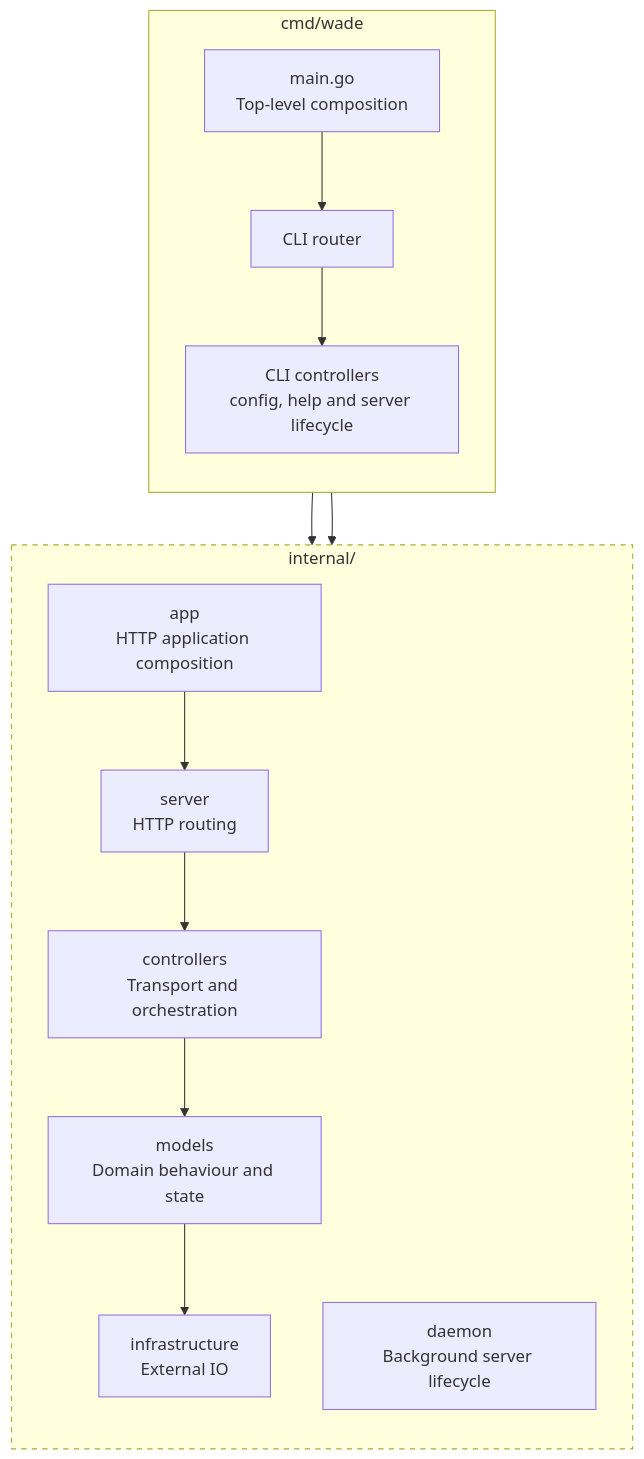
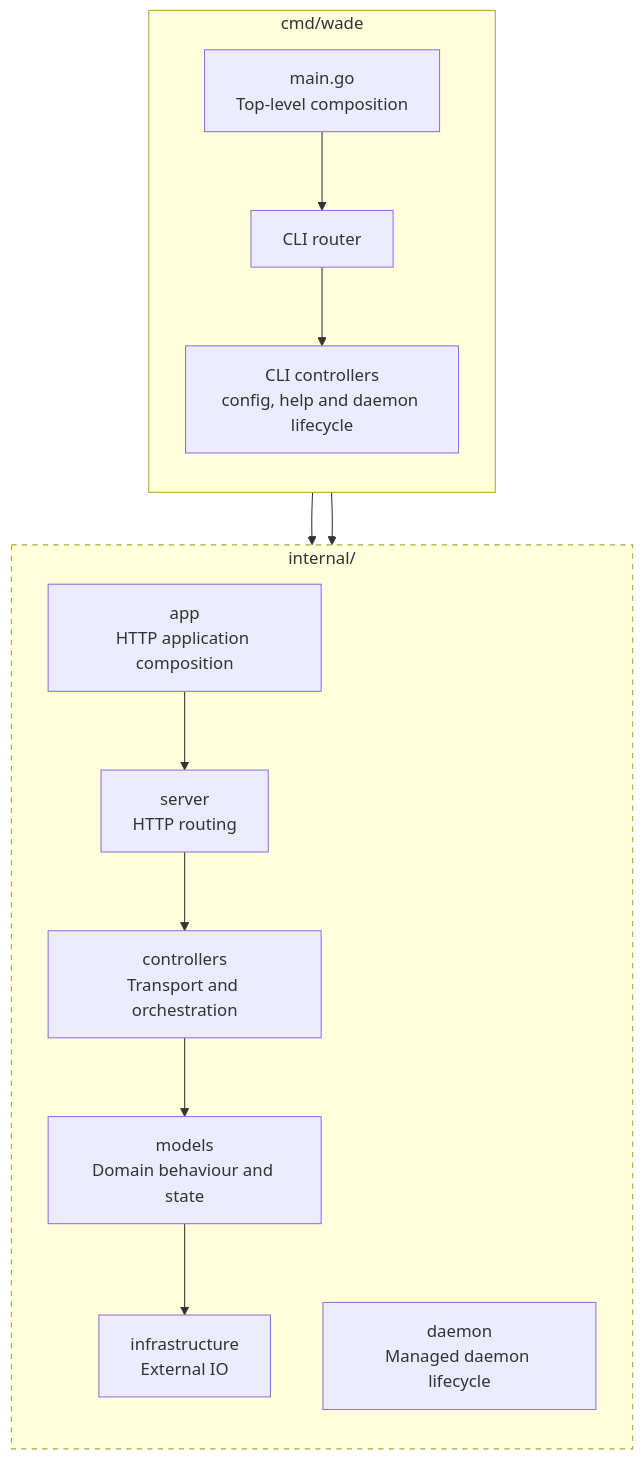
Before and after one commit to danielronalds/wade: the diagram in docs/backend-architecture.md, drawn with Mermaid. The commit also changed other lines of this file and 9 other files, not shown here.

````diff
--- a/docs/backend-architecture.md
+++ b/docs/backend-architecture.md
@@ -11,27 +11,27 @@
 ```mermaid
 flowchart TB
     subgraph Command["cmd/wade"]
         direction TB
         Main["main.go<br/>Top-level composition"]
         Router["CLI router"]
-        Commands["CLI controllers<br/>config, help and server lifecycle"]
+        Commands["CLI controllers<br/>config, help and daemon lifecycle"]
         Main --> Router --> Commands
     end
 
     subgraph Core["internal/"]
         direction TB
         App["app<br/>HTTP application composition"]
         Server["server<br/>HTTP routing"]
         Controllers["controllers<br/>Transport and orchestration"]
         Models["models<br/>Domain behaviour and state"]
         Infrastructure["infrastructure<br/>External IO"]
-        Daemon["daemon<br/>Background server lifecycle"]
+        Daemon["daemon<br/>Managed daemon lifecycle"]
 
         App --> Server --> Controllers --> Models --> Infrastructure
     end
 
     Commands --> App
     Commands --> Daemon
 
     style Core stroke-dasharray: 5 5
 ```
````
